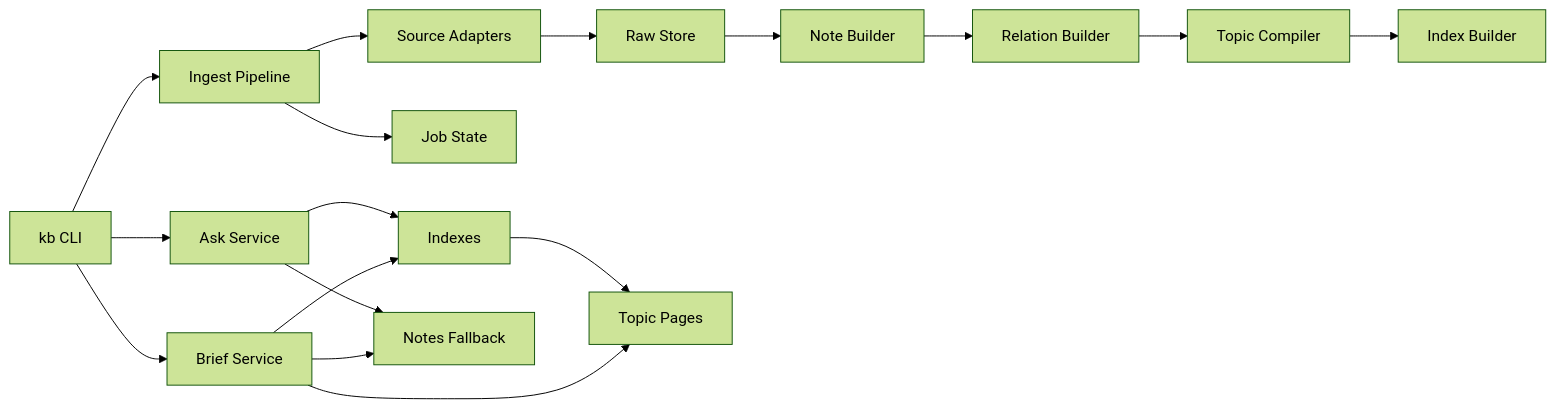
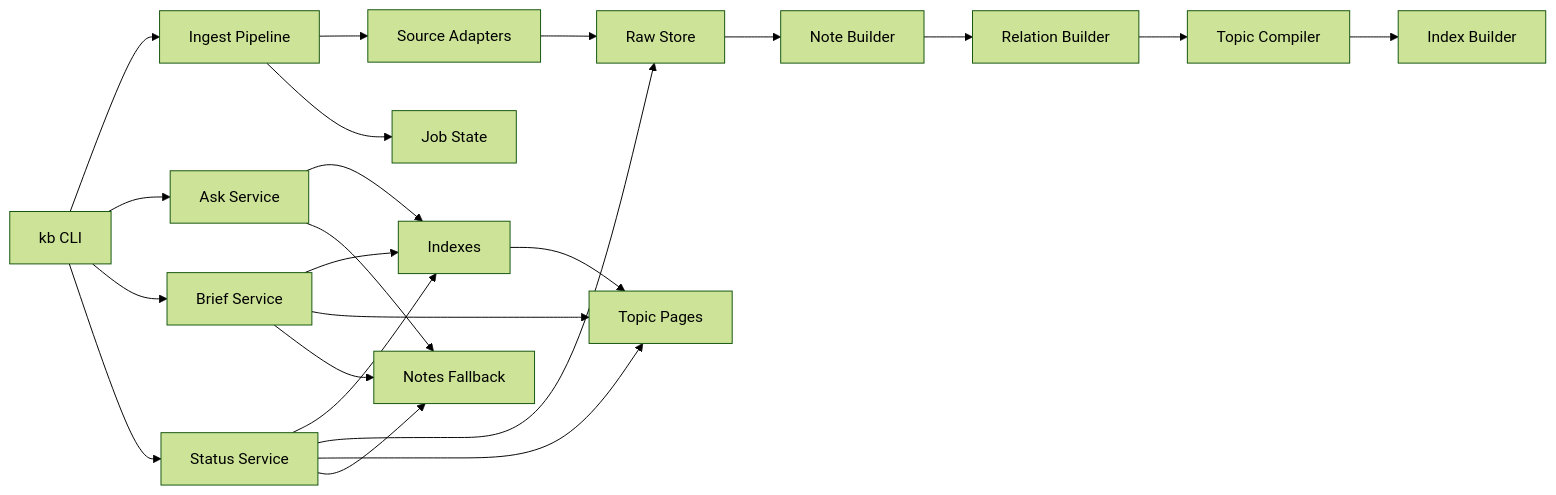
The first of 4 diagrams in docs/engineering/AI知识库技术架构文档.md (GuangAD/llm-wiki-test), drawn with Mermaid (forest theme) before and after one commit. The commit also changed other lines of this file and 7 other files, not shown here.

````diff
--- a/docs/engineering/AI知识库技术架构文档.md
+++ b/docs/engineering/AI知识库技术架构文档.md
@@ -34,19 +34,24 @@
 ```mermaid
 flowchart LR
     A[kb CLI] --> B[Ingest Pipeline]
     A --> C[Ask Service]
     A --> D[Brief Service]
+    A --> O[Status Service]
     B --> E[Source Adapters]
     E --> F[Raw Store]
     F --> G[Note Builder]
     G --> H[Relation Builder]
     H --> I[Topic Compiler]
     I --> J[Index Builder]
     B --> K[Job State]
     C --> L[Indexes]
     L --> M[Topic Pages]
     C --> N[Notes Fallback]
     D --> L
     D --> M
     D --> N
+    O --> L
+    O --> F
+    O --> M
+    O --> N
 ```
````
